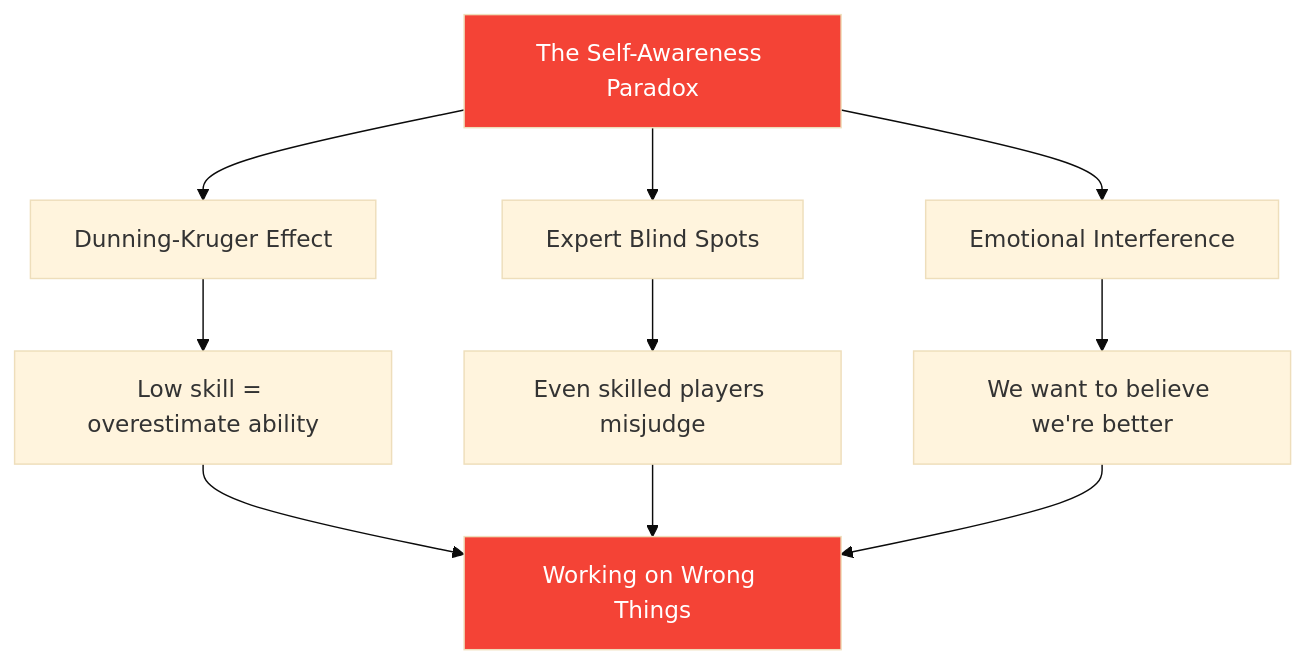
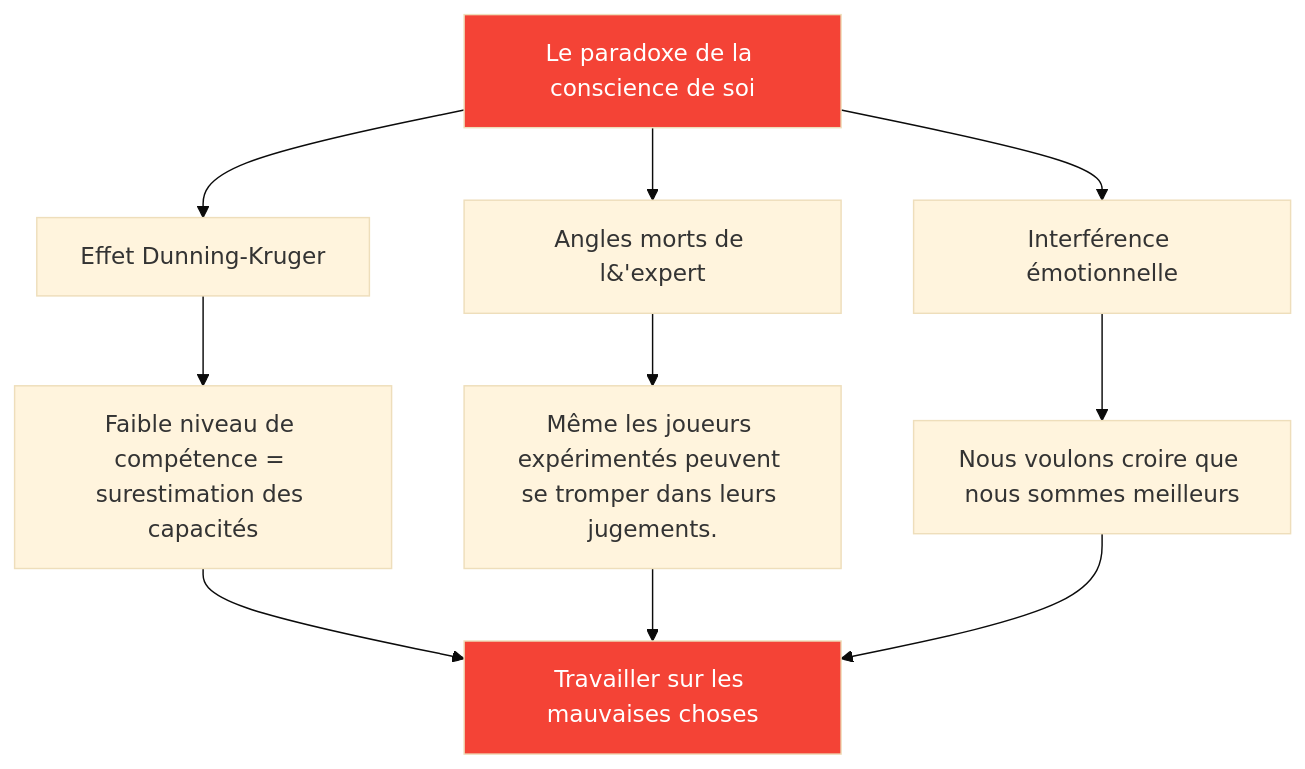
The diagram in docs/fr/articles/self-awareness-development.md (patwii/petanque-academy), drawn with Mermaid (base theme) before and after one commit. The commit also changed other lines of this file and 550 other files, not shown here.

````diff
--- a/docs/fr/articles/self-awareness-development.md
+++ b/docs/fr/articles/self-awareness-development.md
@@ -20,17 +20,17 @@
 ```mermaid
 flowchart TD
-    A[The Self-Awareness Paradox] --> B[Dunning-Kruger Effect]
-    A --> C[Expert Blind Spots]
-    A --> D[Emotional Interference]
+    A[Le paradoxe de la conscience de soi] --> B[Effet Dunning-Kruger]
+    A --> C[Angles morts de l&#39;expert]
+    A --> D[Interférence émotionnelle]
 
-    B --> E[Low skill = overestimate ability]
-    C --> F[Even skilled players misjudge]
-    D --> G[We want to believe we're better]
+    B --> E[Faible niveau de compétence = surestimation des capacités]
+    C --> F[Même les joueurs expérimentés peuvent se tromper dans leurs jugements.]
+    D --> G[Nous voulons croire que nous sommes meilleurs]
 
-    E --> H[Working on Wrong Things]
+    E --> H[Travailler sur les mauvaises choses]
     F --> H
     G --> H
 
     style A fill:#f44336,color:#fff
     style H fill:#f44336,color:#fff
 ```
````
